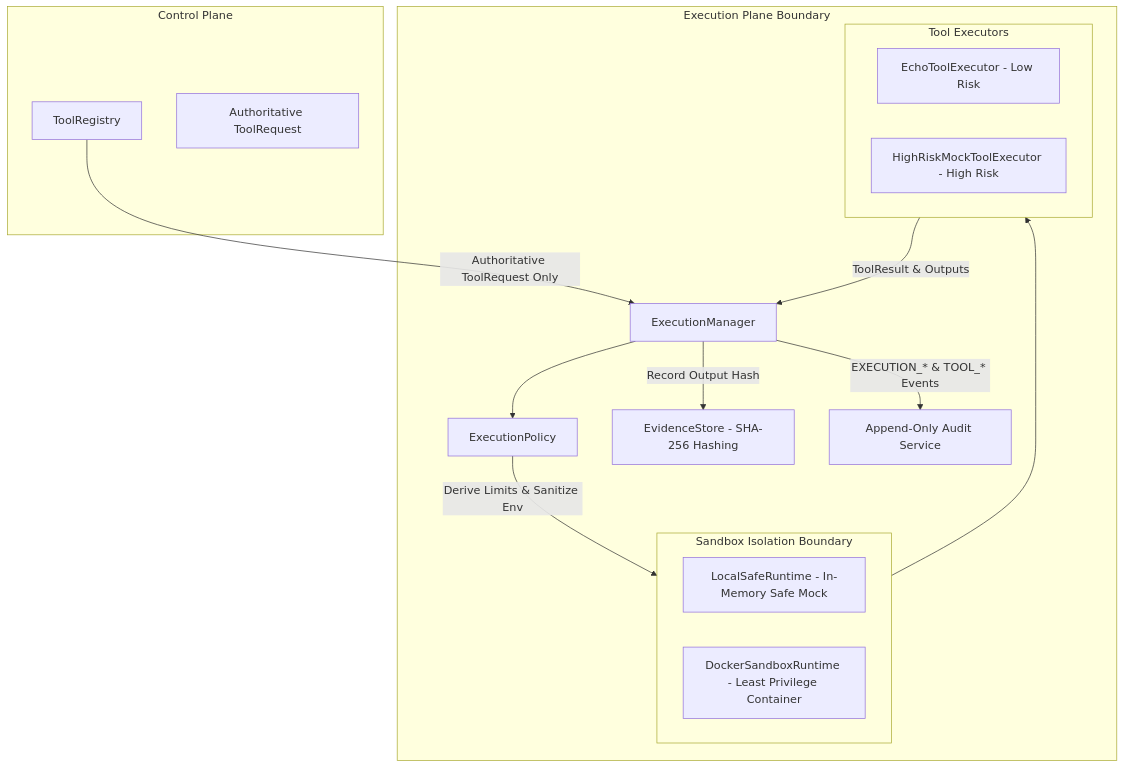
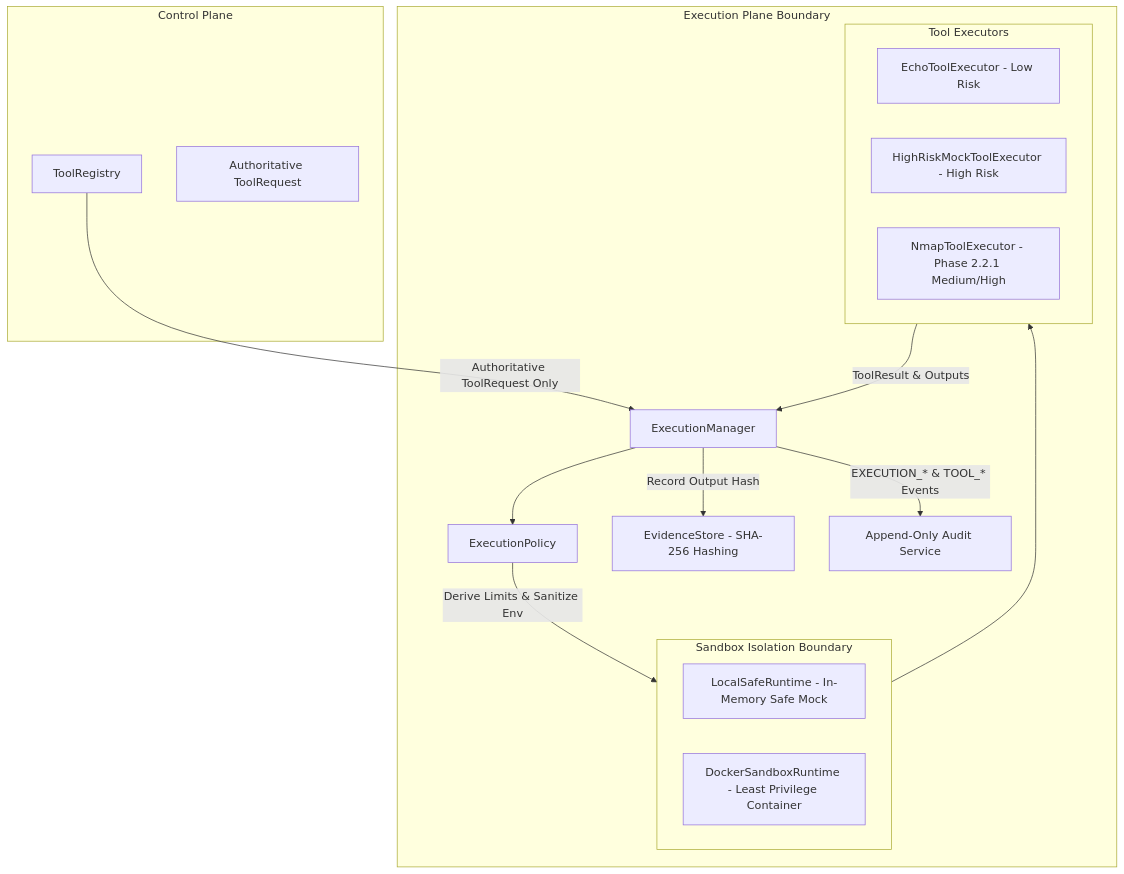
Before and after one commit to jivi001/ARKA: the diagram in docs/architecture/execution-plane.md, drawn with Mermaid. The commit also changed 23 other files, not shown here.

Commit message:
2.2.1-implement secure tool registry, Nmap integration, and policy-driven execution framework

````diff
--- a/docs/architecture/execution-plane.md
+++ b/docs/architecture/execution-plane.md
@@ -9,33 +9,34 @@
 ```mermaid
 graph TD
     subgraph ControlPlane["Control Plane"]
         TR[ToolRegistry]
         AuthReq[Authoritative ToolRequest]
     end
 
     subgraph ExecutionPlane["Execution Plane Boundary"]
         EM[ExecutionManager]
         EP[ExecutionPolicy]
         
         subgraph IsolationRuntimes["Sandbox Isolation Boundary"]
             LocalRT[LocalSafeRuntime - In-Memory Safe Mock]
             DockerRT[DockerSandboxRuntime - Least Privilege Container]
         end
 
         subgraph Adapters["Tool Executors"]
             Echo[EchoToolExecutor - Low Risk]
             HighMock[HighRiskMockToolExecutor - High Risk]
+            Nmap[NmapToolExecutor - Phase 2.2.1 Medium/High]
         end
         
         Evidence[EvidenceStore - SHA-256 Hashing]
         Audit[Append-Only Audit Service]
     end
 
     TR -->|Authoritative ToolRequest Only| EM
     EM --> EP
     EP -->|Derive Limits & Sanitize Env| IsolationRuntimes
     IsolationRuntimes --> Adapters
     Adapters -->|ToolResult & Outputs| EM
     EM -->|Record Output Hash| Evidence
     EM -->|EXECUTION_* & TOOL_* Events| Audit
 ```
````
